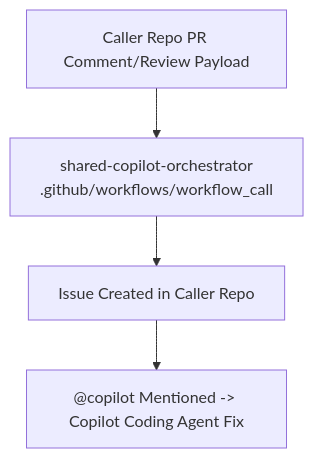
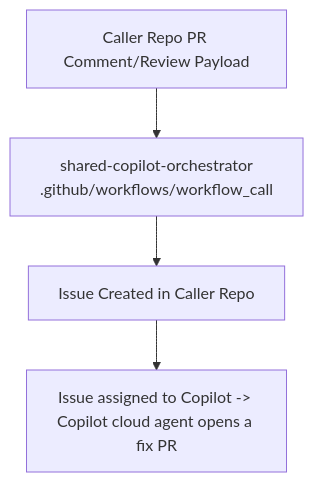
One commit to DownAtTheBottomOfTheMoleHole/shared-copilot-orchestrator changed the diagram in README.md. Above: the diagram before and after it, drawn with Mermaid. The commit also changed other lines of this file, not shown here.

````diff
--- a/README.md
+++ b/README.md
@@ -14,6 +15,6 @@
 ```mermaid
 flowchart TD
     A[Caller Repo PR Comment/Review Payload] --> B[shared-copilot-orchestrator<br>.github/workflows/workflow_call]
     B --> C[Issue Created in Caller Repo]
-    C --> D["@copilot Mentioned -> Copilot Coding Agent Fix"]
+    C --> D["Issue assigned to Copilot -> Copilot cloud agent opens a fix PR"]
 ```
````
